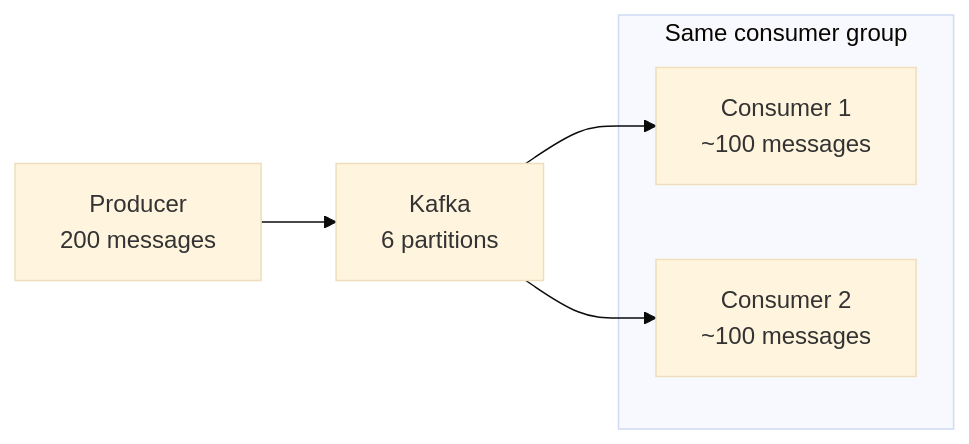
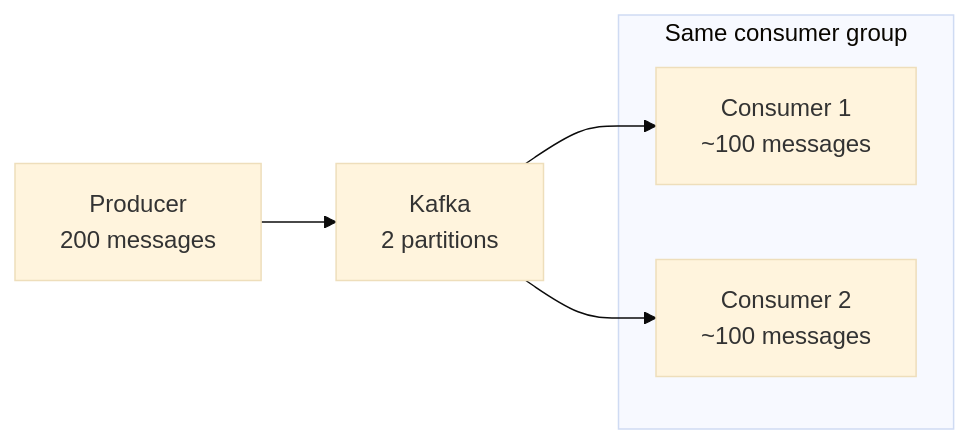
The seventh of 10 diagrams in kafka/README.md (matmazurk/oidc-keepie), drawn with Mermaid (base theme) before and after one commit. The commit also changed other lines of this file, not shown here.

Commit message:
update kafka readme

````diff
--- a/kafka/README.md
+++ b/kafka/README.md
@@ -252,11 +226,11 @@
 ```mermaid
 graph LR
-    P[Producer<br/>200 messages] --> K[Kafka<br/>6 partitions]
+    P[Producer<br/>200 messages] --> K[Kafka<br/>2 partitions]
     K --> C1[Consumer 1<br/>~100 messages]
     K --> C2[Consumer 2<br/>~100 messages]
 
     subgraph "Same consumer group"
         C1
         C2
     end
 ```
````
